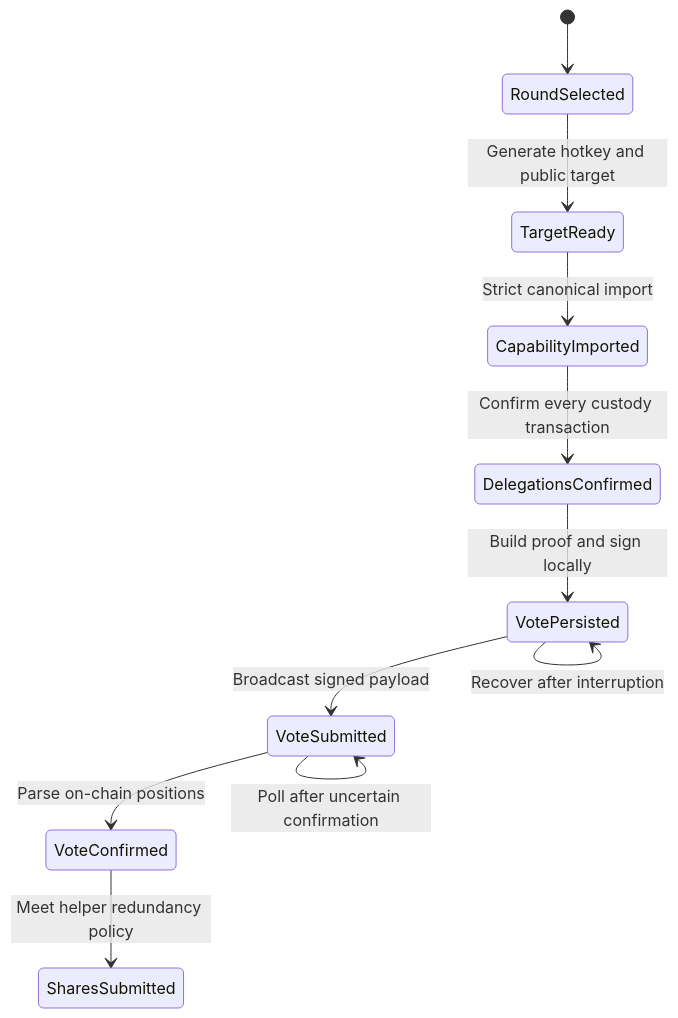
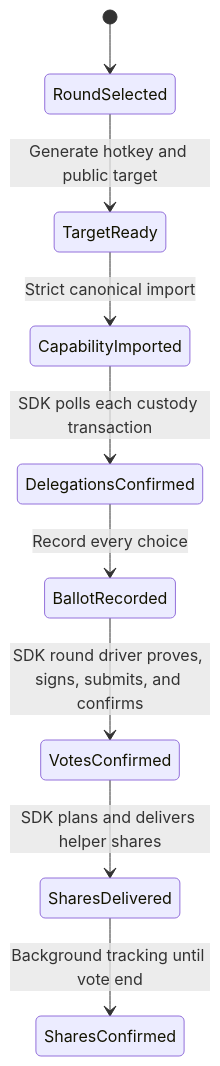
Before and after one commit to valargroup/custody-voter: the third of 3 diagrams in docs/architecture.md, drawn with Mermaid. The commit also changed other lines of this file and 11 other files, not shown here.

````diff
--- a/docs/architecture.md
+++ b/docs/architecture.md
@@ -59,13 +59,11 @@
 ```mermaid
 stateDiagram-v2
     [*] --> RoundSelected
     RoundSelected --> TargetReady: Generate hotkey and public target
     TargetReady --> CapabilityImported: Strict canonical import
-    CapabilityImported --> DelegationsConfirmed: Confirm every custody transaction
-    DelegationsConfirmed --> VotePersisted: Build proof and sign locally
-    VotePersisted --> VoteSubmitted: Broadcast signed payload
-    VoteSubmitted --> VoteConfirmed: Parse on-chain positions
-    VoteConfirmed --> SharesSubmitted: Meet helper redundancy policy
-    VotePersisted --> VotePersisted: Recover after interruption
-    VoteSubmitted --> VoteSubmitted: Poll after uncertain confirmation
+    CapabilityImported --> DelegationsConfirmed: SDK polls each custody transaction
+    DelegationsConfirmed --> BallotRecorded: Record every choice
+    BallotRecorded --> VotesConfirmed: SDK round driver proves, signs, submits, and confirms
+    VotesConfirmed --> SharesDelivered: SDK plans and delivers helper shares
+    SharesDelivered --> SharesConfirmed: Background tracking until vote end
 ```
````
